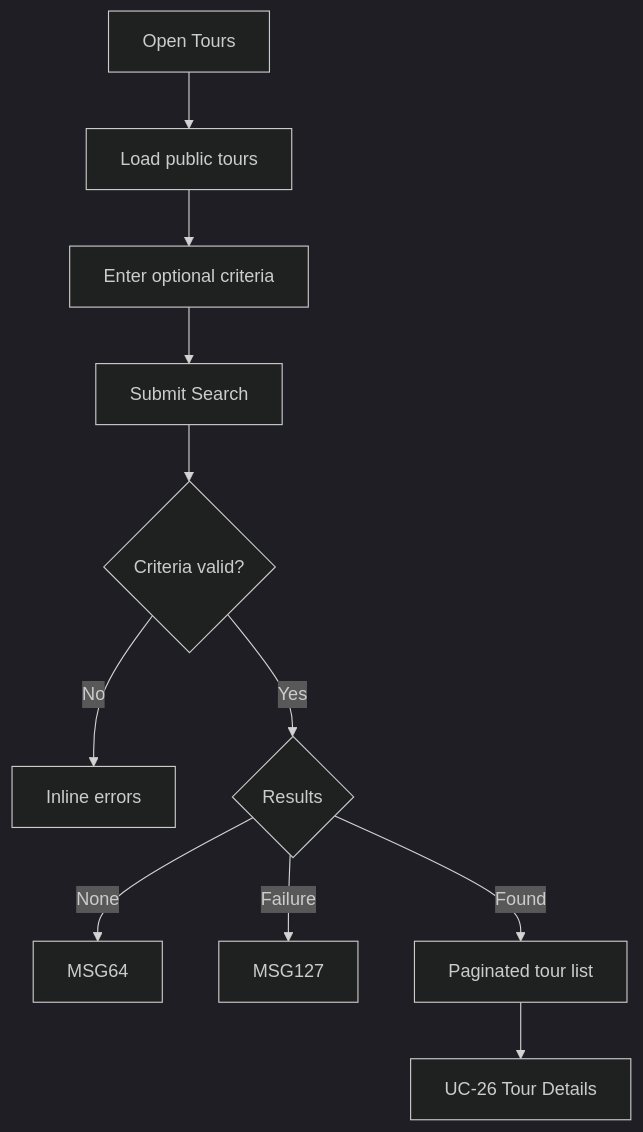
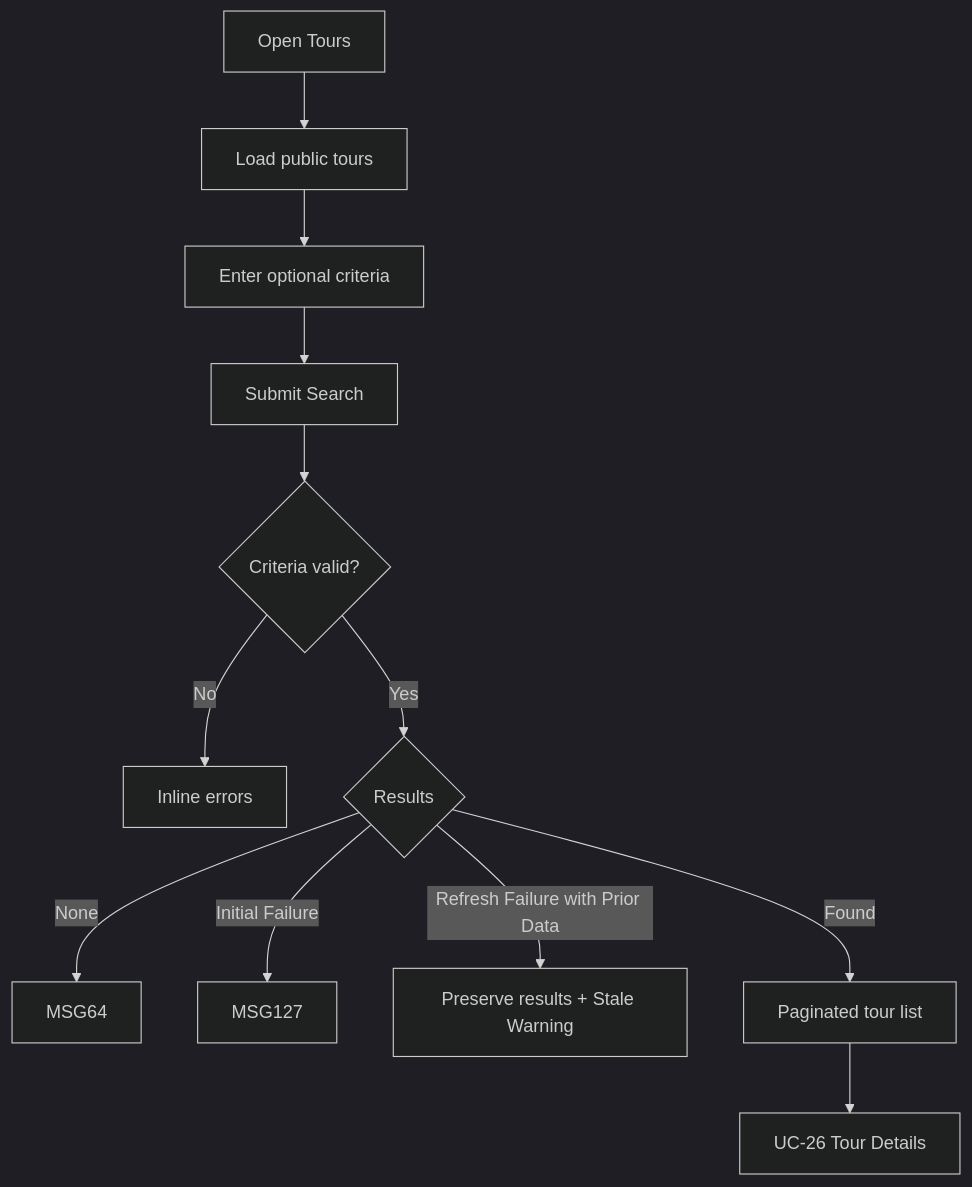
One commit to FPTUCapstone/Capstone_Docs changed the diagram in ux/user-flows/search-tours-user-flow.md. Above: the diagram before and after it, drawn with Mermaid (dark theme). The commit also changed other lines of this file and 3 other files, not shown here.

````diff
--- a/ux/user-flows/search-tours-user-flow.md
+++ b/ux/user-flows/search-tours-user-flow.md
@@ -52,13 +70,14 @@
 ```mermaid
 flowchart TD
     A[Open Tours] --> B[Load public tours]
     B --> C[Enter optional criteria]
     C --> D[Submit Search]
     D --> E{Criteria valid?}
     E -->|No| F[Inline errors]
     E -->|Yes| G{Results}
     G -->|None| H[MSG64]
-    G -->|Failure| I[MSG127]
+    G -->|Initial Failure| I[MSG127]
+    G -->|Refresh Failure with Prior Data| L[Preserve results + Stale Warning]
     G -->|Found| J[Paginated tour list]
     J --> K[UC-26 Tour Details]
 ```
````
